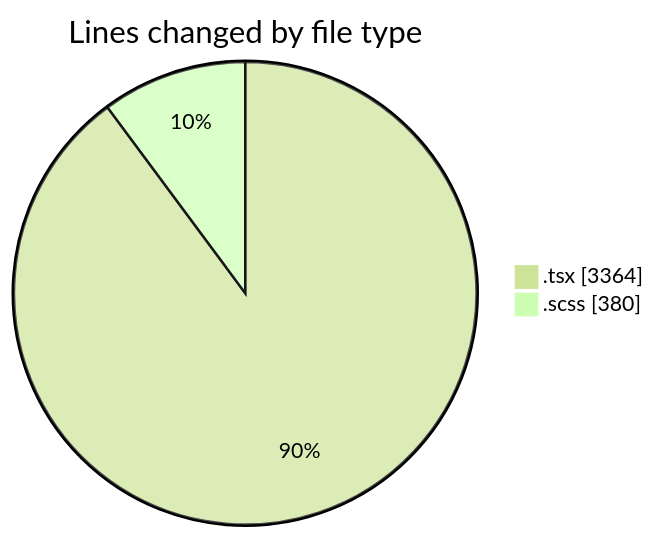
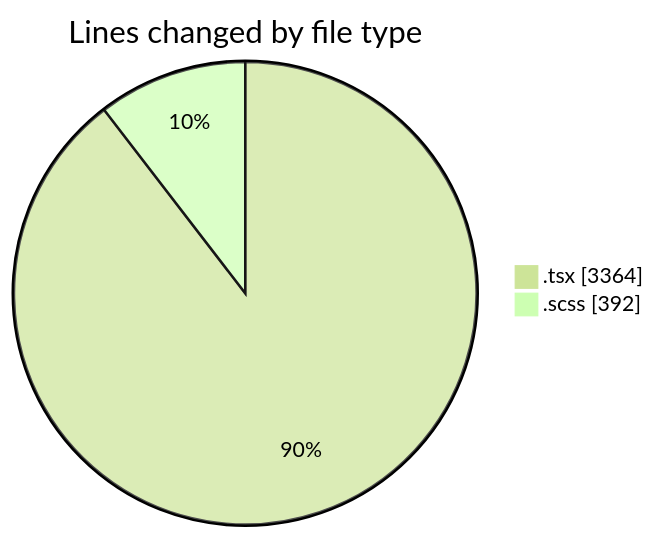
Before and after one commit to momahboobian/code-tracking: the first of 2 diagrams in 2025-09-30/cda/README.md, drawn with Mermaid (forest theme). The commit also changed other lines of this file and 1 other file, not shown here.

````diff
--- a/2025-09-30/cda/README.md
+++ b/2025-09-30/cda/README.md
@@ -25,6 +25,6 @@
 ```mermaid
 pie showData
 title Lines changed by file type
 ".tsx" : 3364
-".scss" : 380
+".scss" : 392
 ```
````
